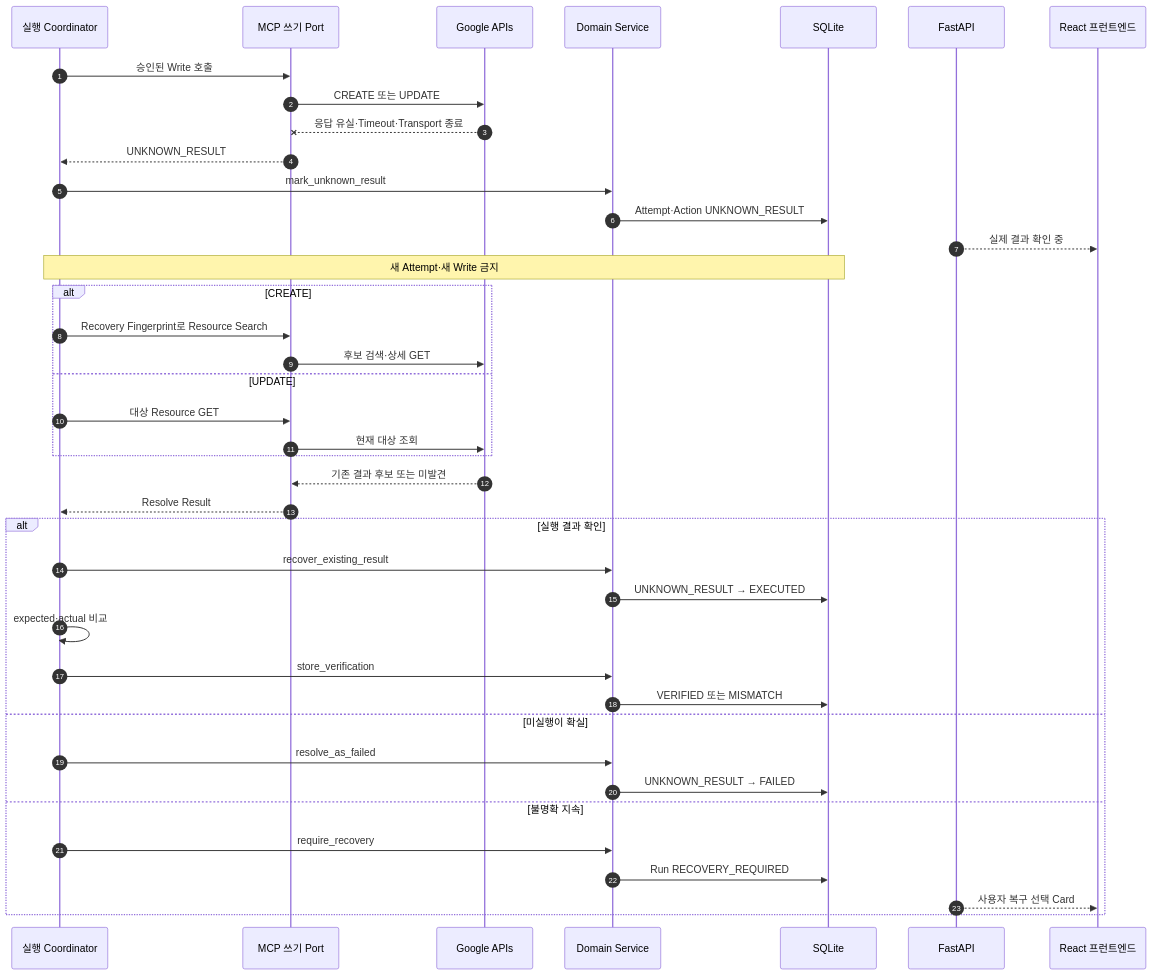
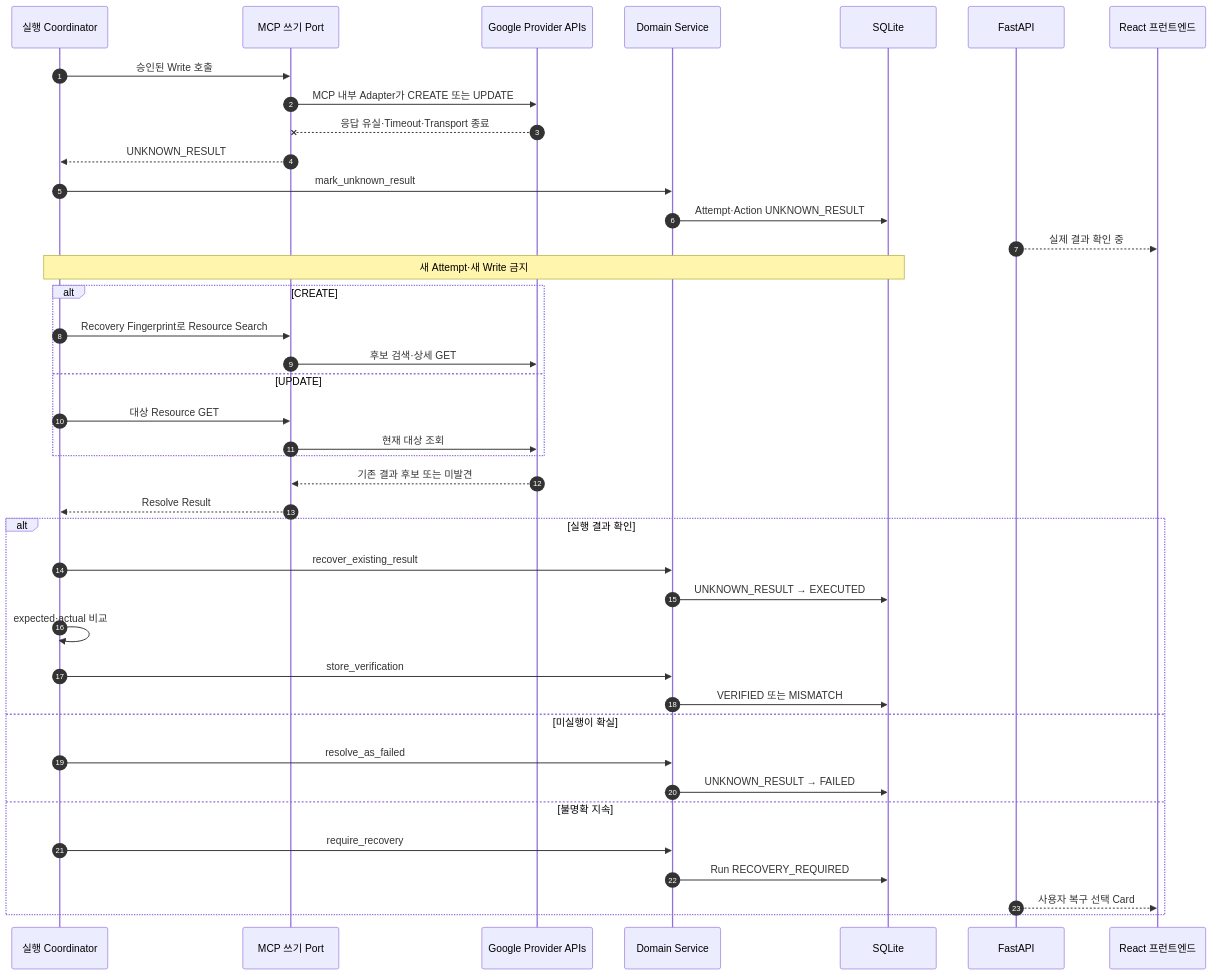
One commit to solar-ai-dev/google-work-agent changed diagram 13 of 20 in docs/08-sequence-design.md. Above: the diagram before and after it, drawn with Mermaid. The commit also changed other lines of this file and 22 other files, not shown here.

````diff
--- a/docs/08-sequence-design.md
+++ b/docs/08-sequence-design.md
@@ -613,46 +706,46 @@
 ```mermaid
 sequenceDiagram
     autonumber
     participant APP as 실행 Coordinator
     participant MCP as MCP 쓰기 Port
-    participant G as Google APIs
+    participant G as Google Provider APIs
     participant DOM as Domain Service
     participant DB as SQLite
     participant API as FastAPI
     participant FE as React 프런트엔드
 
     APP->>MCP: 승인된 Write 호출
-    MCP->>G: CREATE 또는 UPDATE
+    MCP->>G: MCP 내부 Adapter가 CREATE 또는 UPDATE
     G--xMCP: 응답 유실·Timeout·Transport 종료
     MCP-->>APP: UNKNOWN_RESULT
     APP->>DOM: mark_unknown_result
     DOM->>DB: Attempt·Action UNKNOWN_RESULT
     API-->>FE: 실제 결과 확인 중
 
     Note over APP,DB: 새 Attempt·새 Write 금지
 
     alt CREATE
         APP->>MCP: Recovery Fingerprint로 Resource Search
         MCP->>G: 후보 검색·상세 GET
     else UPDATE
         APP->>MCP: 대상 Resource GET
         MCP->>G: 현재 대상 조회
     end
     G-->>MCP: 기존 결과 후보 또는 미발견
     MCP-->>APP: Resolve Result
 
     alt 실행 결과 확인
         APP->>DOM: recover_existing_result
         DOM->>DB: UNKNOWN_RESULT → EXECUTED
         APP->>APP: expected·actual 비교
         APP->>DOM: store_verification
         DOM->>DB: VERIFIED 또는 MISMATCH
     else 미실행이 확실
         APP->>DOM: resolve_as_failed
         DOM->>DB: UNKNOWN_RESULT → FAILED
     else 불명확 지속
         APP->>DOM: require_recovery
         DOM->>DB: Run RECOVERY_REQUIRED
         API-->>FE: 사용자 복구 선택 Card
     end
 ```
````
